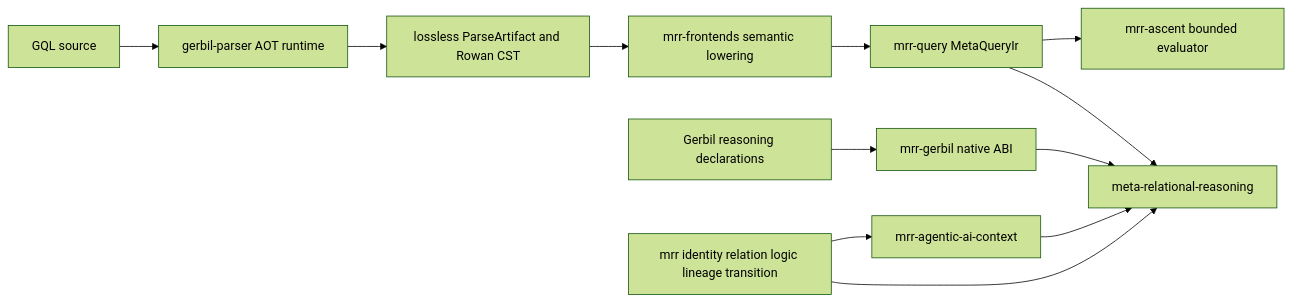
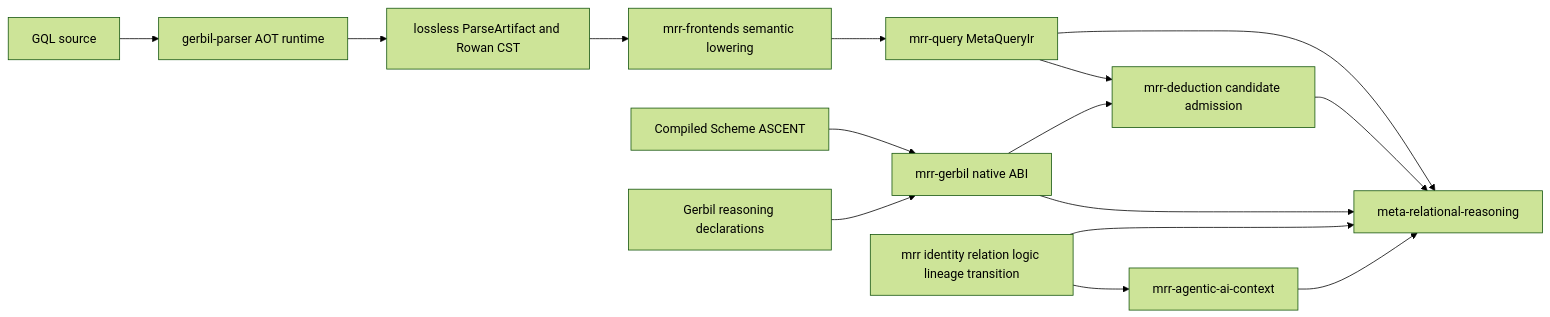
The diagram in ARCHITECTURE.org (tao3k/meta-relational-reasoning), drawn with Mermaid (forest theme) before and after one commit. The commit also changed other lines of this file and 51 other files, not shown here.

```diff
--- a/ARCHITECTURE.org
+++ b/ARCHITECTURE.org
@@ -8,14 +8,17 @@
 #+begin_src mermaid
 flowchart LR
     source[GQL source] --> parser[gerbil-parser AOT runtime]
     parser --> artifact[lossless ParseArtifact and Rowan CST]
     artifact --> frontend[mrr-frontends semantic lowering]
     frontend --> query[mrr-query MetaQueryIr]
     query --> facade[meta-relational-reasoning]
-    query --> ascent[mrr-ascent bounded evaluator]
-    scheme[Gerbil reasoning declarations] --> native[mrr-gerbil native ABI]
+    query --> deduction[mrr-deduction candidate admission]
+    scheme[Compiled Scheme ASCENT] --> native[mrr-gerbil native ABI]
+    native --> deduction
+    deduction --> facade
+    declarations[Gerbil reasoning declarations] --> native
     native --> facade
     contracts[mrr identity relation logic lineage transition] --> facade
     context[mrr-agentic-ai-context] --> facade
     contracts --> context
 #+end_src
```
